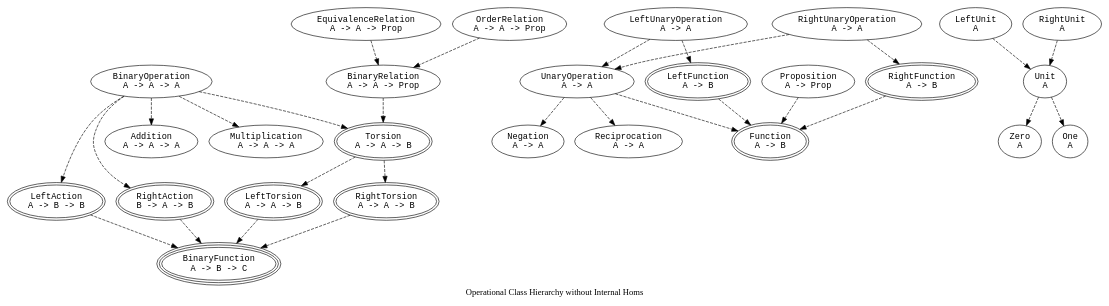
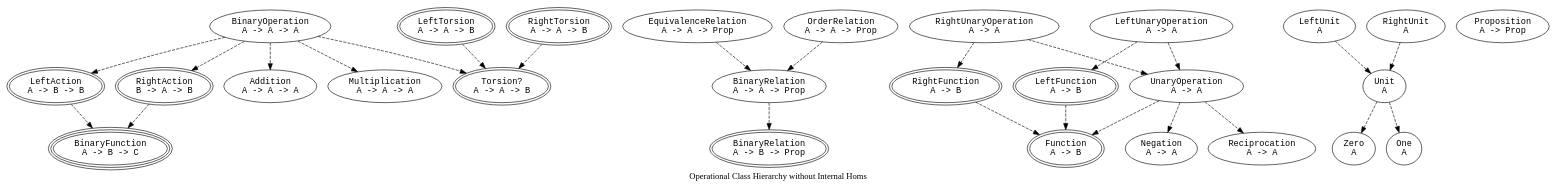
The diagram in bird/has.dot (Tuplanolla/dez), drawn with Graphviz before and after one commit. The commit also changed 20 other files, not shown here.

```diff
--- a/bird/has.dot
+++ b/bird/has.dot
@@ -1,83 +1,81 @@
 digraph Has {
   label = "Operational Class Hierarchy without Internal Homs"
 
   node [fontname = monospace]
 
   subgraph ThreeSort {
-    label = "ThreeSortedly"
+    label = "ThreeSorted"
 
     node [peripheries = 3]
 
     BinFn [label = "BinaryFunction\nA -> B -> C"]
   }
 
   subgraph TwoSort {
-    label = "TwoSortedly"
+    label = "TwoSorted"
 
     node [peripheries = 2]
 
+    TwoSorted_BinRel [label = "BinaryRelation\nA -> B -> Prop"]
     Fn [label = "Function\nA -> B"]
     LAct [label = "LeftAction\nA -> B -> B"]
     LFn [label = "LeftFunction\nA -> B"]
     LTor [label = "LeftTorsion\nA -> A -> B"]
     RAct [label = "RightAction\nB -> A -> B"]
     RFn [label = "RightFunction\nA -> B"]
     RTor [label = "RightTorsion\nA -> A -> B"]
-    Tor [label = "Torsion\nA -> A -> B"]
+    Tor [label = "Torsion?\nA -> A -> B"]
   }
 
   subgraph OneSort {
-    label = "OneSortedly"
+    label = "OneSorted"
 
     BinOp [label = "BinaryOperation\nA -> A -> A"]
-    BinRel [label = "BinaryRelation\nA -> A -> Prop"]
+    OneSorted_BinRel [label = "BinaryRelation\nA -> A -> Prop"]
     EqRel [label = "EquivalenceRelation\nA -> A -> Prop"]
     LUn [label = "LeftUnit\nA"]
     LUnOp [label = "LeftUnaryOperation\nA -> A"]
     OrdRel [label = "OrderRelation\nA -> A -> Prop"]
     Prop [label = "Proposition\nA -> Prop"]
     RUn [label = "RightUnit\nA"]
     RUnOp [label = "RightUnaryOperation\nA -> A"]
     Un [label = "Unit\nA"]
     UnOp [label = "UnaryOperation\nA -> A"]
 
     Add [label = "Addition\nA -> A -> A"]
     Zero [label = "Zero\nA"]
     Neg [label = "Negation\nA -> A"]
     Mul [label = "Multiplication\nA -> A -> A"]
     One [label = "One\nA"]
     Recip [label = "Reciprocation\nA -> A"]
   }
 
   edge [style = dashed]
 
+  OneSorted_BinRel -> TwoSorted_BinRel
   BinOp -> Tor
   BinOp -> LAct
   BinOp -> RAct
-  BinRel -> Tor
-  EqRel -> BinRel
-  LTor -> BinFn
+  EqRel -> OneSorted_BinRel
   LAct -> BinFn
   LFn -> Fn
   LUn -> Un
   LUnOp -> LFn
   LUnOp -> UnOp
-  OrdRel -> BinRel
-  Prop -> Fn
-  RTor -> BinFn
+  OrdRel -> OneSorted_BinRel
   RAct -> BinFn
   RFn -> Fn
   RUn -> Un
   RUnOp -> RFn
   RUnOp -> UnOp
-  Tor -> LTor
-  Tor -> RTor
+  LTor -> Tor
+  RTor -> Tor
   UnOp -> Fn
 
   BinOp -> Add
   BinOp -> Mul
   Un -> Zero
   Un -> One
   UnOp -> Neg
   UnOp -> Recip
 }
```
